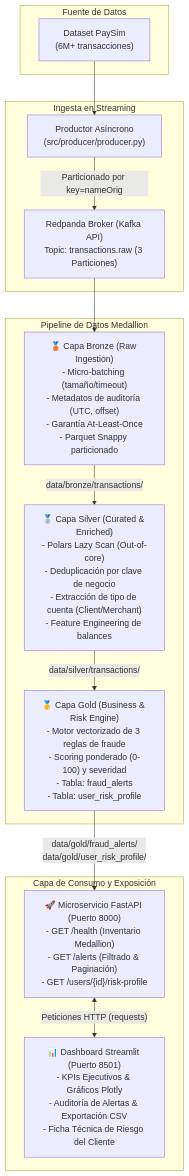
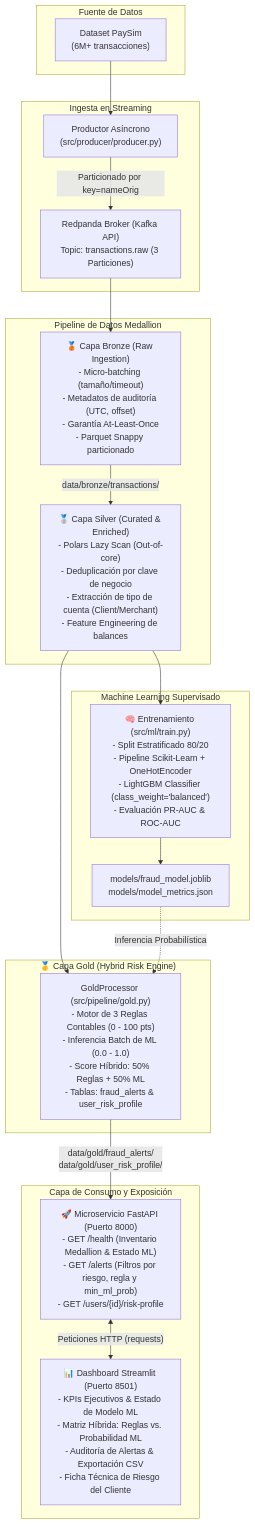
The diagram in README.md (CodeJairo/fraud-detection), drawn with Mermaid before and after one commit. The commit also changed other lines of this file and 14 other files, not shown here.

Commit message:
feat(ml): add LightGBM training and hybrid fraud scoring

````diff
--- a/README.md
+++ b/README.md
@@ -35,31 +36,41 @@
 ```mermaid
 flowchart TD
     subgraph Data_Source ["Fuente de Datos"]
         CSV["Dataset PaySim\n(6M+ transacciones)"]
     end
 
     subgraph Streaming_Ingestion ["Ingesta en Streaming"]
         PROD["Productor Asíncrono\n(src/producer/producer.py)"]
         BROKER["Redpanda Broker (Kafka API)\nTopic: transactions.raw (3 Particiones)"]
         CSV --> PROD
         PROD -->|"Particionado por key=nameOrig"| BROKER
     end
 
     subgraph Medallion_Architecture ["Pipeline de Datos Medallion"]
         BRONZE["🥉 Capa Bronze (Raw Ingestion)\n- Micro-batching (tamaño/timeout)\n- Metadatos de auditoría (UTC, offset)\n- Garantía At-Least-Once\n- Parquet Snappy particionado"]
         SILVER["🥈 Capa Silver (Curated & Enriched)\n- Polars Lazy Scan (Out-of-core)\n- Deduplicación por clave de negocio\n- Extracción de tipo de cuenta (Client/Merchant)\n- Feature Engineering de balances"]
-        GOLD["🥇 Capa Gold (Business & Risk Engine)\n- Motor vectorizado de 3 reglas de fraude\n- Scoring ponderado (0-100) y severidad\n- Tabla: fraud_alerts\n- Tabla: user_risk_profile"]
-
+        
         BROKER --> BRONZE
         BRONZE -->|"data/bronze/transactions/"| SILVER
-        SILVER -->|"data/silver/transactions/"| GOLD
+    end
+
+    subgraph ML_Layer ["Machine Learning Supervisado"]
+        TRAIN["🧠 Entrenamiento (src/ml/train.py)\n- Split Estratificado 80/20\n- Pipeline Scikit-Learn + OneHotEncoder\n- LightGBM Classifier (class_weight='balanced')\n- Evaluación PR-AUC & ROC-AUC"]
+        MODEL["models/fraud_model.joblib\nmodels/model_metrics.json"]
+        SILVER --> TRAIN --> MODEL
+    end
+
+    subgraph Gold_Layer ["🥇 Capa Gold (Hybrid Risk Engine)"]
+        GOLD["GoldProcessor (src/pipeline/gold.py)\n- Motor de 3 Reglas Contables (0 - 100 pts)\n- Inferencia Batch de ML (0.0 - 1.0)\n- Score Híbrido: 50% Reglas + 50% ML\n- Tablas: fraud_alerts & user_risk_profile"]
+        SILVER --> GOLD
+        MODEL -.->|"Inferencia Probabilística"| GOLD
     end
 
     subgraph Serving_Layer ["Capa de Consumo y Exposición"]
-        API["🚀 Microservicio FastAPI (Puerto 8000)\n- GET /health (Inventario Medallion)\n- GET /alerts (Filtrado & Paginación)\n- GET /users/{id}/risk-profile"]
-        UI["📊 Dashboard Streamlit (Puerto 8501)\n- KPIs Ejecutivos & Gráficos Plotly\n- Auditoría de Alertas & Exportación CSV\n- Ficha Técnica de Riesgo del Cliente"]
+        API["🚀 Microservicio FastAPI (Puerto 8000)\n- GET /health (Inventario Medallion & Estado ML)\n- GET /alerts (Filtros por riesgo, regla y min_ml_prob)\n- GET /users/{id}/risk-profile"]
+        UI["📊 Dashboard Streamlit (Puerto 8501)\n- KPIs Ejecutivos & Estado de Modelo ML\n- Matriz Híbrida: Reglas vs. Probabilidad ML\n- Auditoría de Alertas & Exportación CSV\n- Ficha Técnica de Riesgo del Cliente"]
 
         GOLD -->|"data/gold/fraud_alerts/\ndata/gold/user_risk_profile/"| API
         API <-->|"Peticiones HTTP (requests)"| UI
     end
 ```
````
